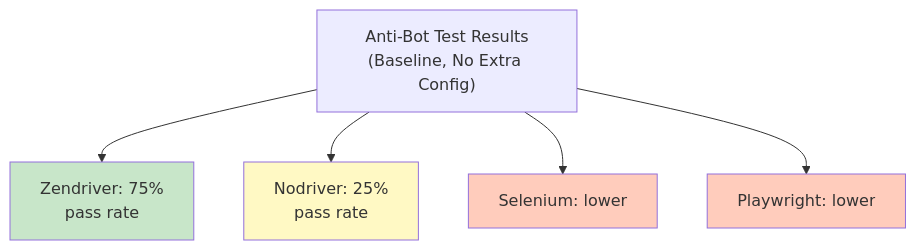
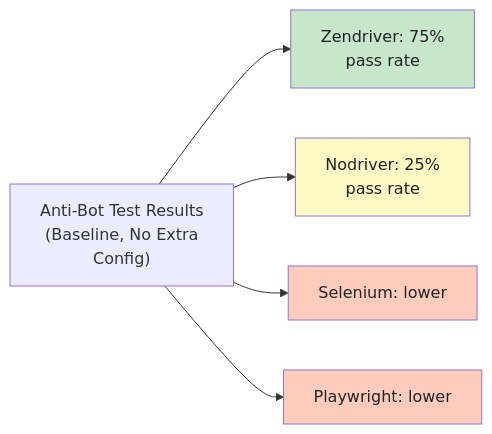
One commit to bytetunnels/bytetunnels.github.com changed the third of 4 diagrams in _posts/2026-02-14-nodriver-vs-zendriver-picking-right-undetected-chrome-wrapper.md. Above: the diagram before and after it, drawn with Mermaid. The commit also changed other lines of this file and 118 other files, not shown here.

Commit message:
feat: improve diagram styling and compact wide flowcharts

````diff
--- a/_posts/2026-02-14-nodriver-vs-zendriver-picking-right-undetected-chrome-wrapper.md
+++ b/_posts/2026-02-14-nodriver-vs-zendriver-picking-right-undetected-chrome-wrapper.md
@@ -283,12 +283,12 @@
 ```mermaid
-graph TD
-    A["Anti-Bot Test Results<br>(Baseline, No Extra Config)"] --> B["Zendriver: 75%<br>pass rate"]
-    A --> C["Nodriver: 25%<br>pass rate"]
+graph LR
+    A["Anti-Bot Test Results<br/>(Baseline, No Extra<br/>Config)"] --> B["Zendriver: 75%<br/>pass rate"]
+    A --> C["Nodriver: 25%<br/>pass rate"]
     A --> D["Selenium: lower"]
     A --> E["Playwright: lower"]
 
-    style B fill:#c8e6c9
-    style C fill:#fff9c4
-    style D fill:#ffccbc
-    style E fill:#ffccbc
+    style B fill:#c8e6c9,color:#1f2328
+    style C fill:#fff9c4,color:#1f2328
+    style D fill:#ffccbc,color:#1f2328
+    style E fill:#ffccbc,color:#1f2328
 ```
````
